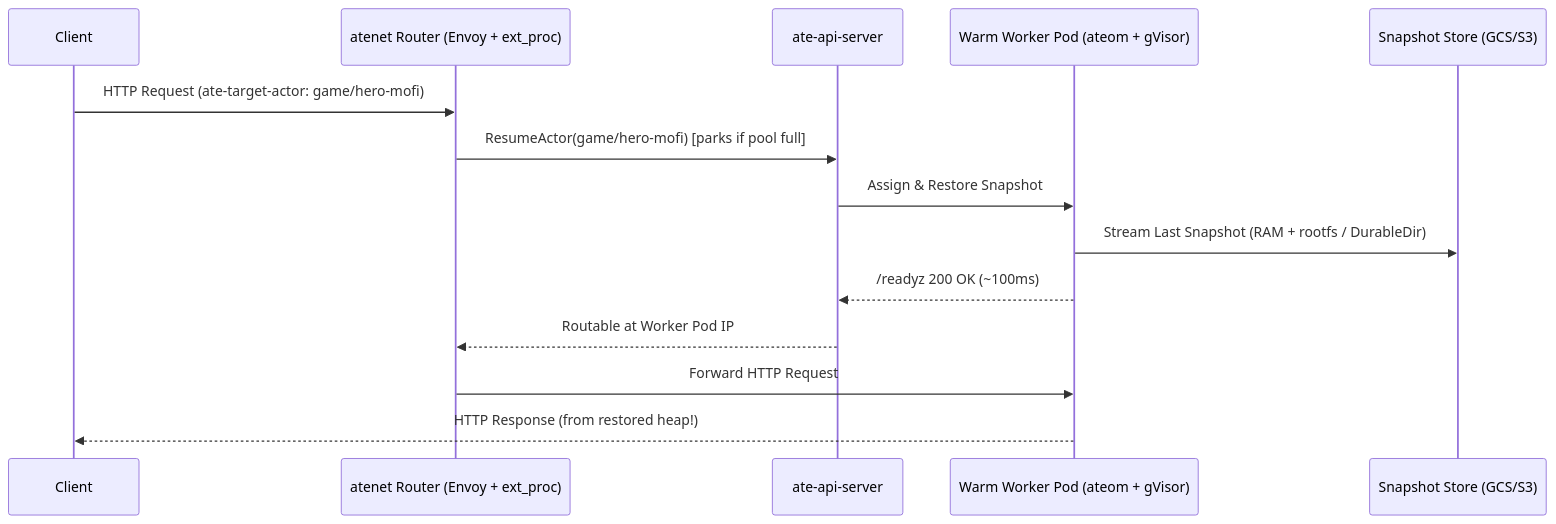
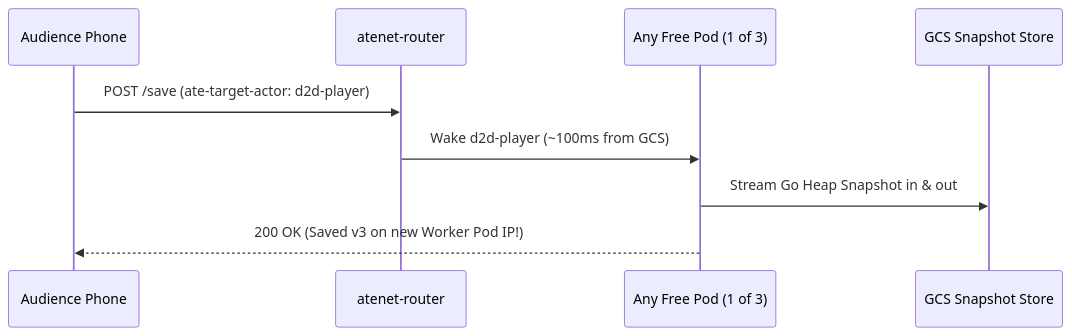
One commit to moficodes/anything-but-agents changed the second of 2 diagrams in docs/talk-outline.md. Above: the diagram before and after it, drawn with Mermaid. The commit also changed other lines of this file and 55 other files, not shown here.

````diff
--- a/docs/talk-outline.md
+++ b/docs/talk-outline.md
@@ -51,17 +83,12 @@
 ```mermaid
 sequenceDiagram
-    participant Client
-    participant Router as atenet Router (Envoy + ext_proc)
-    participant API as ate-api-server
-    participant Worker as Warm Worker Pod (ateom + gVisor)
-    participant GCS as Snapshot Store (GCS/S3)
+    participant Phone as Audience Phone
+    participant Router as atenet-router
+    participant Worker as Any Free Pod (1 of 3)
+    participant GCS as GCS Snapshot Store
 
-    Client->>Router: HTTP Request (ate-target-actor: game/hero-mofi)
-    Router->>API: ResumeActor(game/hero-mofi) [parks if pool full]
-    API->>Worker: Assign & Restore Snapshot
-    Worker->>GCS: Stream Last Snapshot (RAM + rootfs / DurableDir)
-    Worker-->>API: /readyz 200 OK (~100ms)
-    API-->>Router: Routable at Worker Pod IP
-    Router->>Worker: Forward HTTP Request
-    Worker-->>Client: HTTP Response (from restored heap!)
+    Phone->>Router: POST /save (ate-target-actor: d2d-player)
+    Router->>Worker: Wake d2d-player (~100ms from GCS)
+    Worker->>GCS: Stream Go Heap Snapshot in & out
+    Worker-->>Phone: 200 OK (Saved v3 on new Worker Pod IP!)
 ```
````
